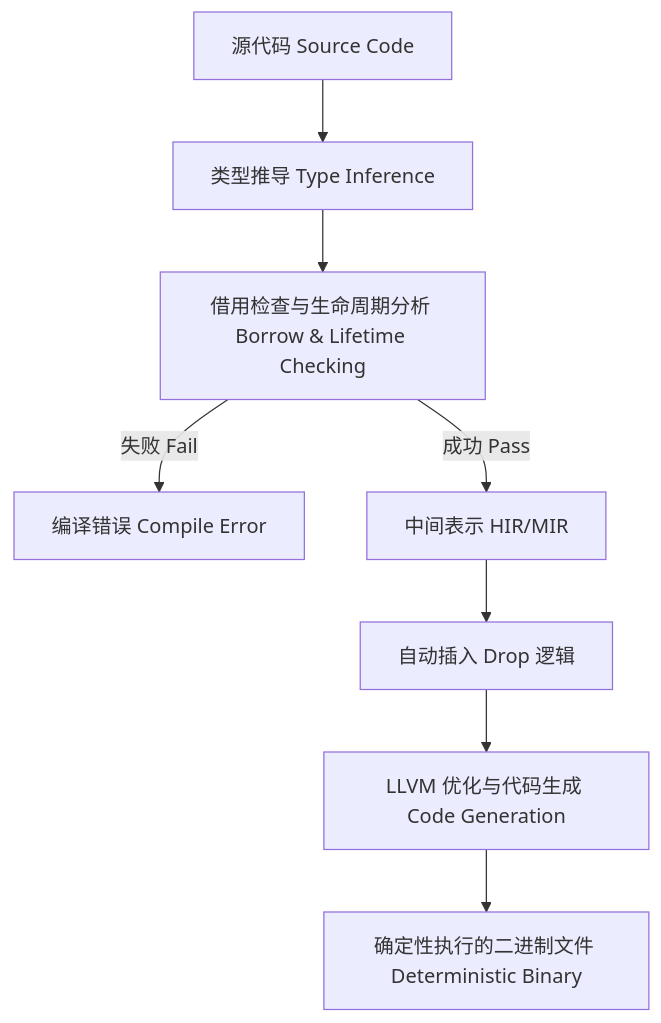
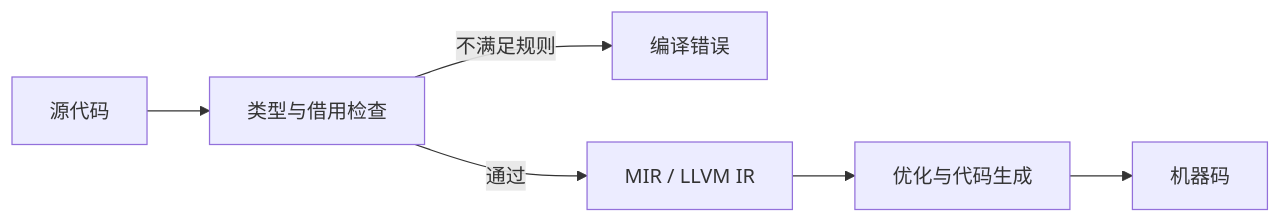
The diagram in src/introduction/why_rust.md (xizheyin/hft-book-rs), drawn with Mermaid before and after one commit. The commit also changed other lines of this file and 88 other files, not shown here.

````diff
--- a/src/introduction/why_rust.md
+++ b/src/introduction/why_rust.md
@@ -22,10 +54,8 @@
 ```mermaid
-graph TD
-    A[源代码 Source Code] --> B[类型推导 Type Inference]
-    B --> C[借用检查与生命周期分析 Borrow & Lifetime Checking]
-    C -->|失败 Fail| D[编译错误 Compile Error]
-    C -->|成功 Pass| E[中间表示 HIR/MIR]
-    E --> F[自动插入 Drop 逻辑]
-    F --> G[LLVM 优化与代码生成 Code Generation]
-    G --> H[确定性执行的二进制文件 Deterministic Binary]
+flowchart LR
+    A[源代码] --> B[类型与借用检查]
+    B -->|不满足规则| C[编译错误]
+    B -->|通过| D[MIR / LLVM IR]
+    D --> E[优化与代码生成]
+    E --> F[机器码]
 ```
````
